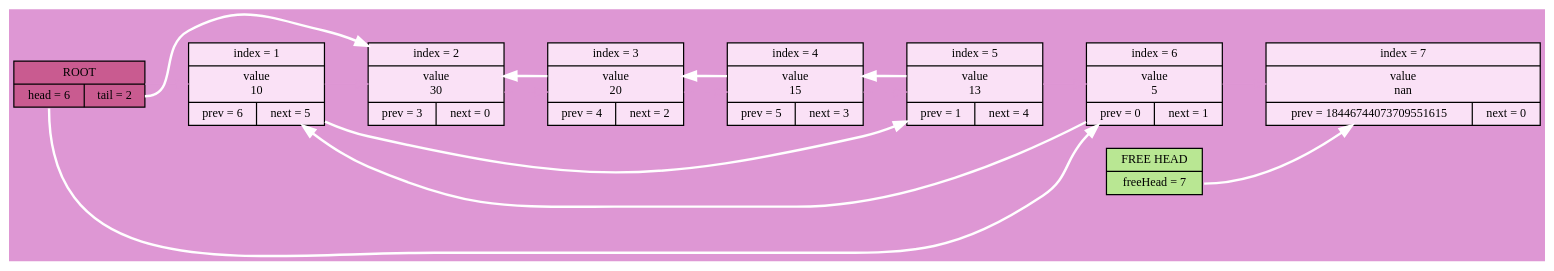
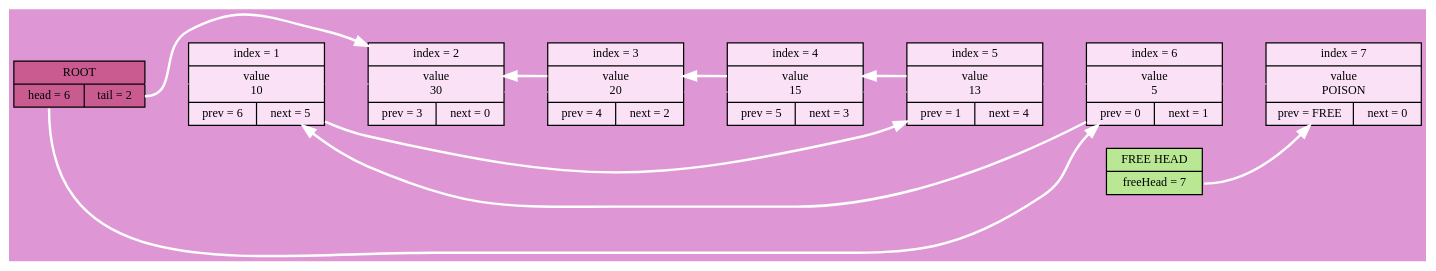
One commit to Wool5443/LinkedList changed the diagram in log/dot/iter9.dot. Above: the diagram before and after it, drawn with Graphviz. The commit also changed 38 other files, not shown here.

```diff
--- a/log/dot/iter9.dot
+++ b/log/dot/iter9.dot
@@ -1,20 +1,20 @@
 digraph
 {
 rankdir = LR;
 node[shape = record, color = "#000000", fontname = "Fira Code Bold", fontsize = 10];
 bgcolor = "#de97d4";
 ROOT[style = "filled", fillcolor = "#c95b90", label = "ROOT|{<head>head = 6|<tail>tail = 2}"];
 FREE_HEAD[style = "filled", fillcolor = "#b9e793", label = "FREE HEAD|<freeHead>freeHead = 7"];
 CELL_1[style = "filled", fillcolor = "#fae1f6", label = "index = 1|value\n10|{prev = 6|next = 5}"];
 CELL_2[style = "filled", fillcolor = "#fae1f6", label = "index = 2|value\n30|{prev = 3|next = 0}"];
 CELL_3[style = "filled", fillcolor = "#fae1f6", label = "index = 3|value\n20|{prev = 4|next = 2}"];
 CELL_4[style = "filled", fillcolor = "#fae1f6", label = "index = 4|value\n15|{prev = 5|next = 3}"];
 CELL_5[style = "filled", fillcolor = "#fae1f6", label = "index = 5|value\n13|{prev = 1|next = 4}"];
 CELL_6[style = "filled", fillcolor = "#fae1f6", label = "index = 6|value\n5|{prev = 0|next = 1}"];
-CELL_7[style = "filled", fillcolor = "#fae1f6", label = "index = 7|value\nnan|{prev = 18446744073709551615|next = 0}"];
+CELL_7[style = "filled", fillcolor = "#fae1f6", label = "index = 7|value\nPOISON|{prev = FREE|next = 0}"];
 ROOT->CELL_1->CELL_2->CELL_3->CELL_4->CELL_5->CELL_6->CELL_7 [weight = 1000000000, color = "#de97d4"];
 ROOT:head->CELL_6 [style = "bold", color = white];
 ROOT:tail->CELL_2 [style = "bold", color = white];
 CELL_6->CELL_1->CELL_5->CELL_4->CELL_3->CELL_2[style = "bold", color = white];
 FREE_HEAD:freeHead->CELL_7[style = "bold", color = white];
 }
```
